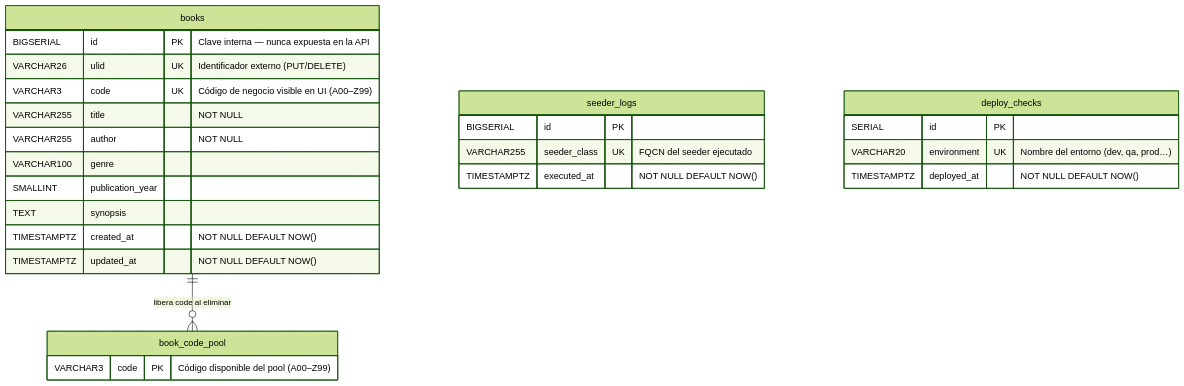
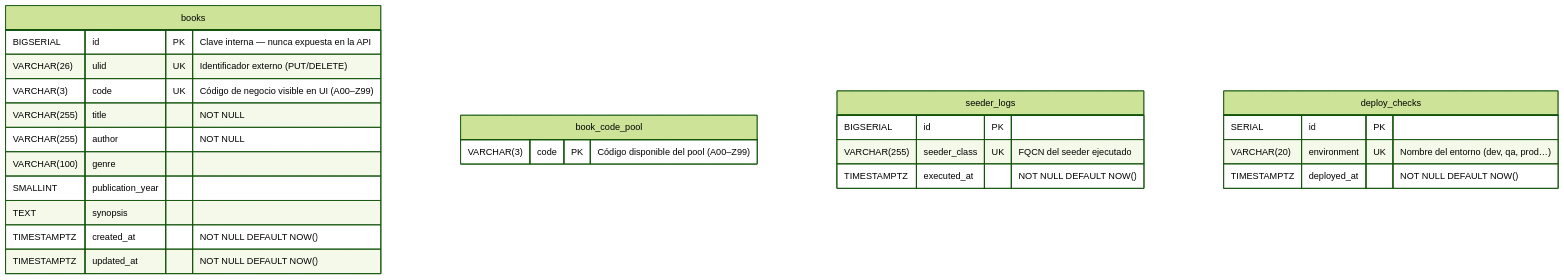
Before and after one commit to pakodiazdev/atreyu-library: the diagram in docs/architecture.md, drawn with Mermaid (forest theme). The commit also changed other lines of this file and 3 other files, not shown here.

````diff
--- a/docs/architecture.md
+++ b/docs/architecture.md
@@ -175,33 +175,31 @@
 ```mermaid
 erDiagram
     books {
-        BIGSERIAL  id              PK  "Clave interna — nunca expuesta en la API"
-        VARCHAR26  ulid            UK  "Identificador externo (PUT/DELETE)"
-        VARCHAR3   code            UK  "Código de negocio visible en UI (A00–Z99)"
-        VARCHAR255 title           "NOT NULL"
-        VARCHAR255 author          "NOT NULL"
-        VARCHAR100 genre
-        SMALLINT   publication_year
-        TEXT       synopsis
-        TIMESTAMPTZ created_at     "NOT NULL DEFAULT NOW()"
-        TIMESTAMPTZ updated_at     "NOT NULL DEFAULT NOW()"
+        BIGSERIAL    id               PK  "Clave interna — nunca expuesta en la API"
+        VARCHAR(26)  ulid             UK  "Identificador externo (PUT/DELETE)"
+        VARCHAR(3)   code             UK  "Código de negocio visible en UI (A00–Z99)"
+        VARCHAR(255) title            "NOT NULL"
+        VARCHAR(255) author           "NOT NULL"
+        VARCHAR(100) genre
+        SMALLINT     publication_year
+        TEXT         synopsis
+        TIMESTAMPTZ  created_at       "NOT NULL DEFAULT NOW()"
+        TIMESTAMPTZ  updated_at       "NOT NULL DEFAULT NOW()"
     }
 
     book_code_pool {
-        VARCHAR3 code PK "Código disponible del pool (A00–Z99)"
+        VARCHAR(3) code PK "Código disponible del pool (A00–Z99)"
     }
 
     seeder_logs {
         BIGSERIAL    id           PK
-        VARCHAR255   seeder_class UK  "FQCN del seeder ejecutado"
+        VARCHAR(255) seeder_class UK  "FQCN del seeder ejecutado"
         TIMESTAMPTZ  executed_at  "NOT NULL DEFAULT NOW()"
     }
 
     deploy_checks {
         SERIAL      id          PK
-        VARCHAR20   environment UK  "Nombre del entorno (dev, qa, prod…)"
+        VARCHAR(20) environment UK  "Nombre del entorno (dev, qa, prod…)"
         TIMESTAMPTZ deployed_at "NOT NULL DEFAULT NOW()"
     }
-
-    books ||--o{ book_code_pool : "libera code al eliminar"
 ```
````
